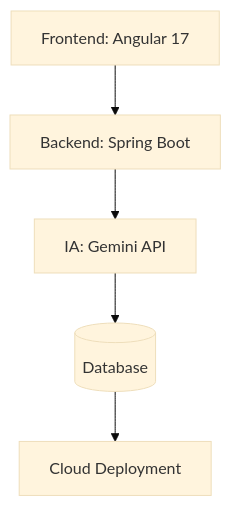
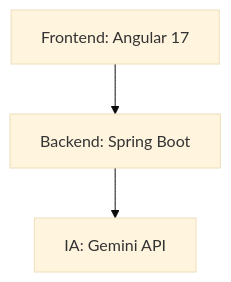
Before and after one commit to JamesonHenrique/InstantMail: the diagram in README.md, drawn with Mermaid (base theme).

````diff
--- a/README.md
+++ b/README.md
@@ -23,7 +23,5 @@
 ```mermaid
 graph TD
     A[Frontend: Angular 17] --> B[Backend: Spring Boot]
     B --> C[IA: Gemini API]
-    C --> D[(Database)]
-    D --> E[Cloud Deployment]
 ```
````
